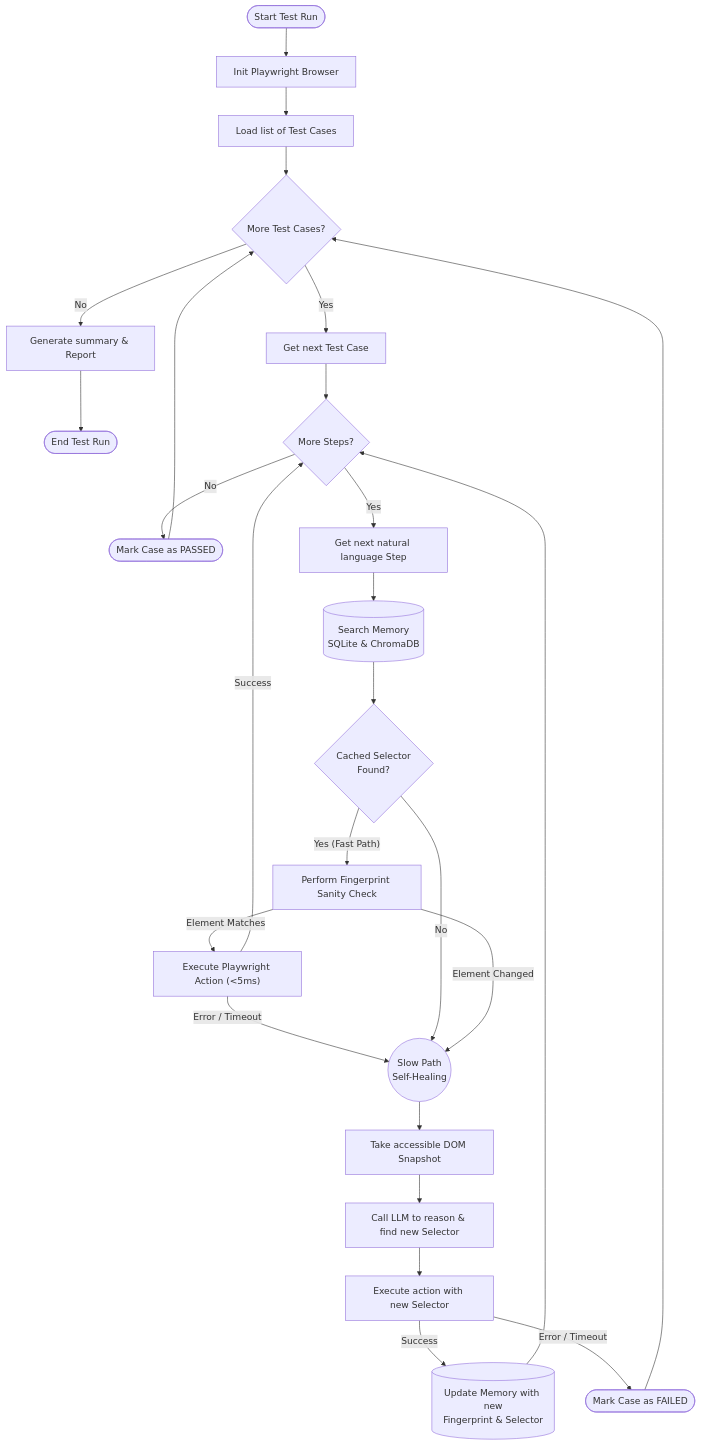
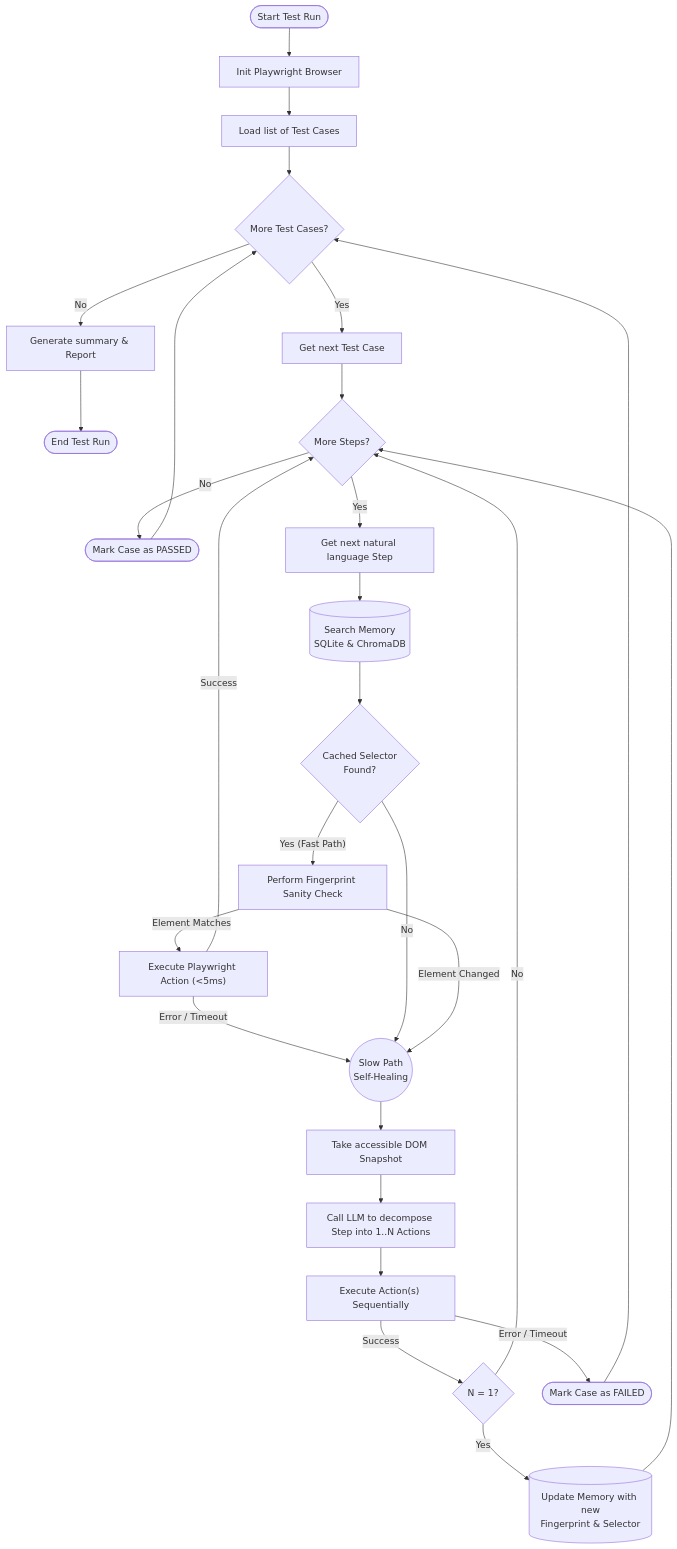
Before and after one commit to BrianLe188/ai-qa-agent: the second of 2 diagrams in docs/workflows.md, drawn with Mermaid. The commit also changed 10 other files, not shown here.

Commit message:
feat: Enable AI decomposition of high-level test steps into multiple Playwright actions, updating the test runner, AI provider, documentation, and introducing new example test cases.

````diff
--- a/docs/workflows.md
+++ b/docs/workflows.md
@@ -30,38 +30,40 @@
 ```mermaid
 flowchart TD
     Start([Start Test Run]) --> InitBrowser[Init Playwright Browser]
     InitBrowser --> LoadTestCase[Load list of Test Cases]
 
     LoadTestCase --> LoopCases{More Test Cases?}
     LoopCases -- No --> GenerateReport[Generate summary & Report]
     GenerateReport --> End([End Test Run])
 
     LoopCases -- Yes --> PickCase[Get next Test Case]
     PickCase --> LoopSteps{More Steps?}
 
     LoopSteps -- No --> MarkCasePass([Mark Case as PASSED])
     MarkCasePass --> LoopCases
 
     LoopSteps -- Yes --> PickStep[Get next natural language Step]
     PickStep --> CheckMemory[(Search Memory<br/>SQLite & ChromaDB)]
 
     CheckMemory --> HasMemory{Cached Selector<br/>Found?}
     HasMemory -- "Yes (Fast Path)" --> FingerprintCheck[Perform Fingerprint Sanity Check]
 
     FingerprintCheck -- "Element Matches" --> ExecFast["Execute Playwright Action (<5ms)"]
     ExecFast -- Error / Timeout --> SlowPath[Fallback to Slow Path]
     ExecFast -- Success --> LoopSteps
 
     HasMemory -- No --> SlowPath
     FingerprintCheck -- "Element Changed" --> SlowPath
 
     SlowPath((Slow Path<br/>Self-Healing)) --> DOMSnapshot[Take accessible DOM Snapshot]
-    DOMSnapshot --> CallLLM[Call LLM to reason & find new Selector]
-    CallLLM --> ExecSlow[Execute action with new Selector]
+    DOMSnapshot --> CallLLM[Call LLM to decompose Step into 1..N Actions]
+    CallLLM --> ExecSlow["Execute Action(s) Sequentially"]
 
-    ExecSlow -- Success --> UpdateMemory[(Update Memory with new<br/>Fingerprint & Selector)]
+    ExecSlow -- Success --> IsSingleAction{N = 1?}
+    IsSingleAction -- Yes --> UpdateMemory[(Update Memory with new<br/>Fingerprint & Selector)]
+    IsSingleAction -- No --> LoopSteps
     UpdateMemory --> LoopSteps
 
     ExecSlow -- Error / Timeout --> MarkCaseFail([Mark Case as FAILED])
     MarkCaseFail --> LoopCases
 ```
````
